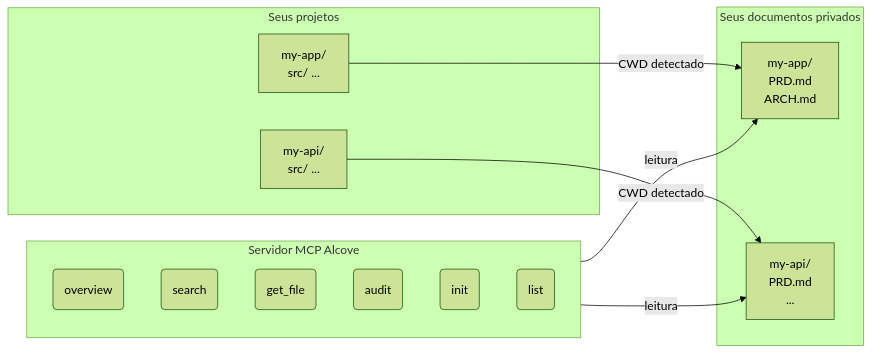
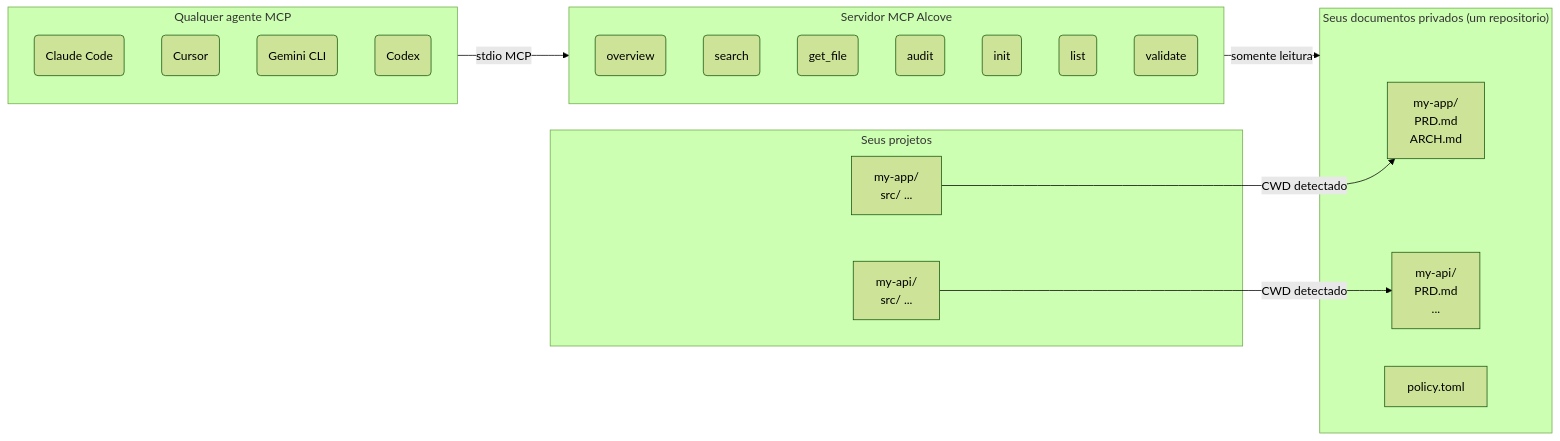
One commit to redxzeta/Icecove changed the diagram in docs/README.pt-BR.md. Above: the diagram before and after it, drawn with Mermaid (forest theme). The commit also changed other lines of this file and 9 other files, not shown here.

````diff
--- a/docs/README.pt-BR.md
+++ b/docs/README.pt-BR.md
@@ -77,26 +106,35 @@
 ```mermaid
 flowchart LR
     subgraph Projects["Seus projetos"]
         A1["my-app/\n  src/ ..."]
         A2["my-api/\n  src/ ..."]
     end
 
-    subgraph Docs["Seus documentos privados"]
+    subgraph Docs["Seus documentos privados (um repositorio)"]
         D1["my-app/\n  PRD.md\n  ARCH.md"]
         D2["my-api/\n  PRD.md\n  ..."]
+        P1["policy.toml"]
+    end
+
+    subgraph Agents["Qualquer agente MCP"]
+        AG1(Claude Code)
+        AG2(Cursor)
+        AG3(Gemini CLI)
+        AG4(Codex)
     end
 
     subgraph MCP["Servidor MCP Alcove"]
         T1(overview)
         T2(search)
         T3(get_file)
         T4(audit)
         T5(init)
         T6(list)
+        T7(validate)
     end
 
     A1 -- "CWD detectado" --> D1
     A2 -- "CWD detectado" --> D2
-    MCP -- "leitura" --> D1
-    MCP -- "leitura" --> D2
+    Agents -- "stdio MCP" --> MCP
+    MCP -- "somente leitura" --> Docs
 ```
````
